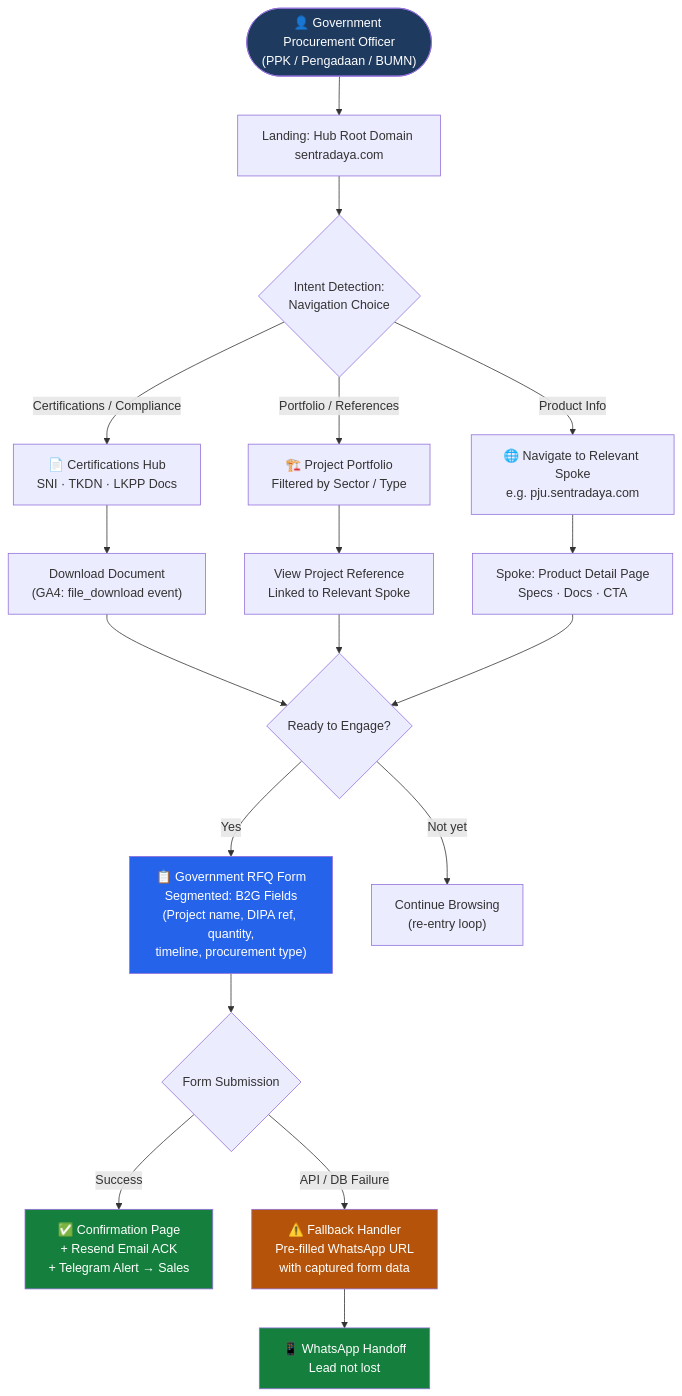
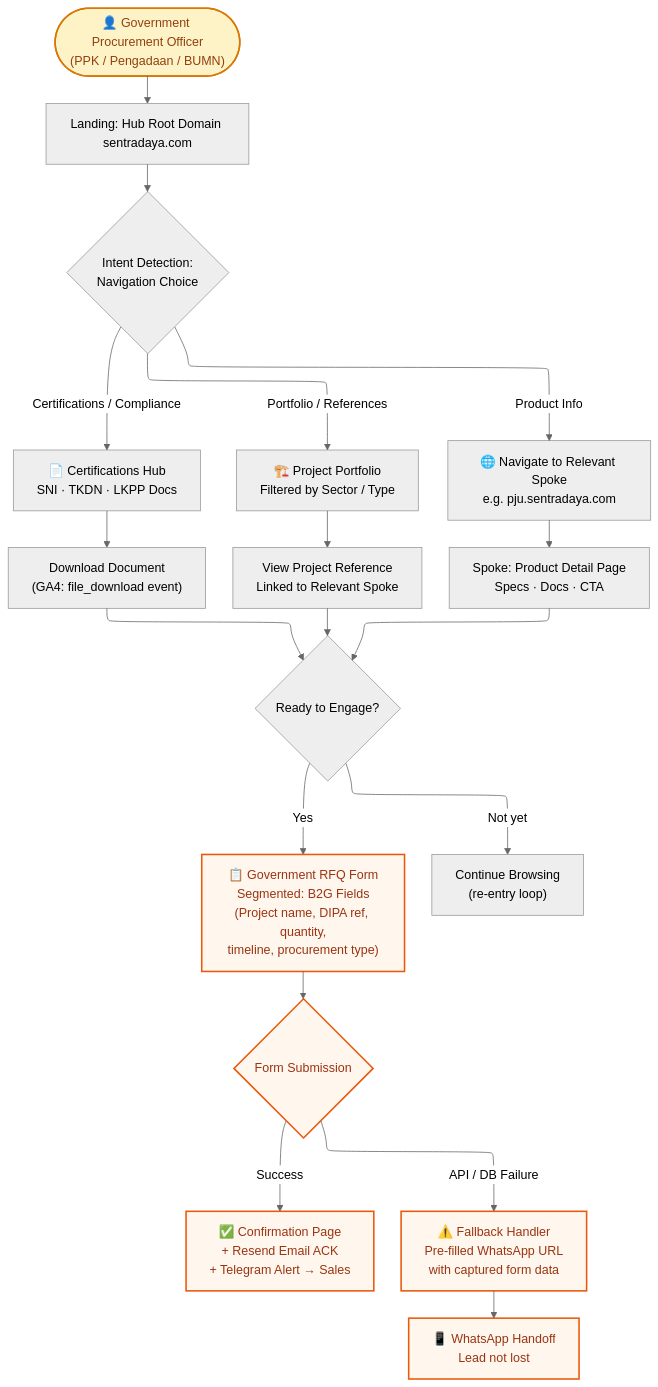
One commit to pampam666/awesome-website-test changed the second of 4 diagrams in .taskmaster/docs/prd/prd-v2.md. Above: the diagram before and after it, drawn with Mermaid. The commit also changed other lines of this file and 7 other files, not shown here.

Commit message:
docs: initialize information architecture and project requirement documentation for digital ecosystem platform

````diff
--- a/.taskmaster/docs/prd/prd-v2.md
+++ b/.taskmaster/docs/prd/prd-v2.md
@@ -148,25 +153,33 @@
 ```mermaid
+---
+config:
+  layout: elk
+  theme: neutral
+---
 flowchart TD
+    classDef entry fill:#fef3c7,stroke:#d97706,stroke-width:2px,color:#92400e
+    classDef conversion fill:#fff7ed,stroke:#ea580c,stroke-width:2px,color:#9a3412
+
     A(["👤 Government Procurement Officer\n(PPK / Pengadaan / BUMN)"])
     A --> B["Landing: Hub Root Domain sentradaya.com"]
     B --> C{"Intent Detection:\nNavigation Choice"}
     C -->|"Certifications / Compliance"| D["📄 Certifications Hub\nSNI · TKDN · LKPP Docs"]
     C -->|"Portfolio / References"| E["🏗️ Project Portfolio\nFiltered by Sector / Type"]
     C -->|"Product Info"| F["🌐 Navigate to Relevant Spoke\ne.g. pju.sentradaya.com"]
     D --> G["Download Document\n(GA4: file_download event)"]
     E --> H["View Project Reference\nLinked to Relevant Spoke"]
     F --> I["Spoke: Product Detail Page\nSpecs · Docs · CTA"]
     G & H & I --> J{"Ready to Engage?"}
     J -->|"Yes"| K["📋 Government RFQ Form\nSegmented: B2G Fields\n(Project name, DIPA ref, quantity,\ntimeline, procurement type)"]
     J -->|"Not yet"| L["Continue Browsing\n(re-entry loop)"]
     K --> M{"Form Submission"}
     M -->|"Success"| N["✅ Confirmation Page\n+ Resend Email ACK\n+ Telegram Alert → Sales"]
     M -->|"API / DB Failure"| O["⚠️ Fallback Handler\nPre-filled WhatsApp URL\nwith captured form data"]
     O --> P["📱 WhatsApp Handoff\nLead not lost"]
-
-    style A fill:#1e3a5f,color:#fff
-    style K fill:#2563eb,color:#fff
-    style N fill:#15803d,color:#fff
-    style O fill:#b45309,color:#fff
-    style P fill:#15803d,color:#fff
+    class A entry
+    class K conversion
+    class M conversion
+    class N conversion
+    class O conversion
+    class P conversion
 ```
````
